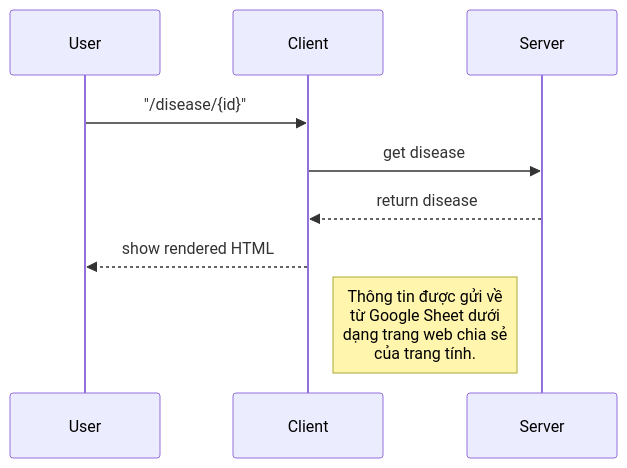
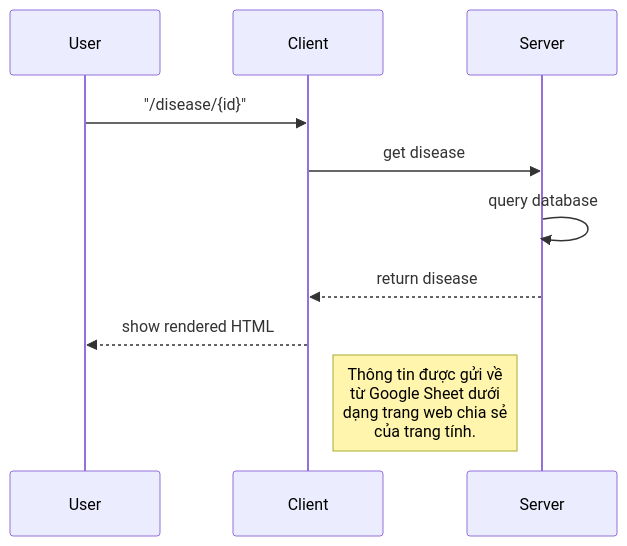
Before and after one commit to itvkist/infectious-disease: the first of 2 diagrams in BE_README.md, drawn with Mermaid.

````diff
--- a/BE_README.md
+++ b/BE_README.md
@@ -1,8 +1,9 @@
 ```mermaid
 sequenceDiagram
 User ->> Client: "/disease/{id}"
 Client ->> Server: get disease
+Server ->> Server: query database
 Server-->>Client: return disease
 Client -->> User: show rendered HTML
 Note right of Client: Thông tin được gửi về <br/> từ Google Sheet dưới <br/> dạng trang web chia sẻ <br/> của trang tính.
 ```
````
